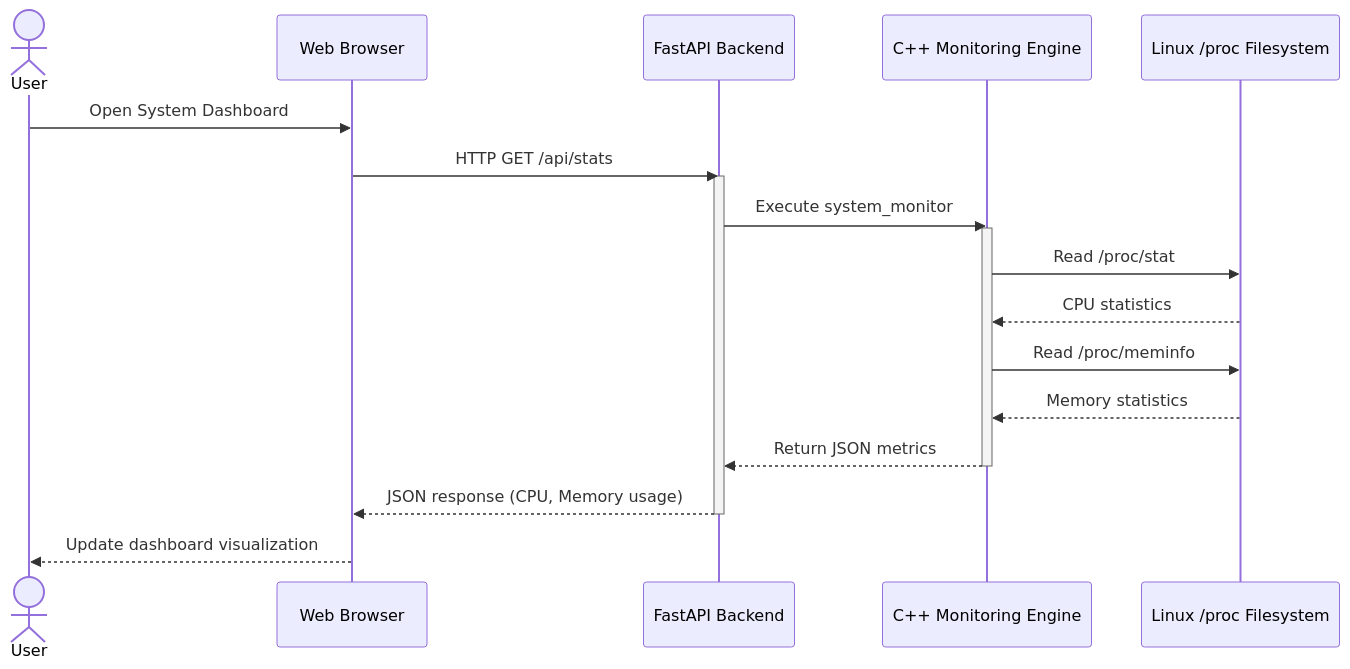
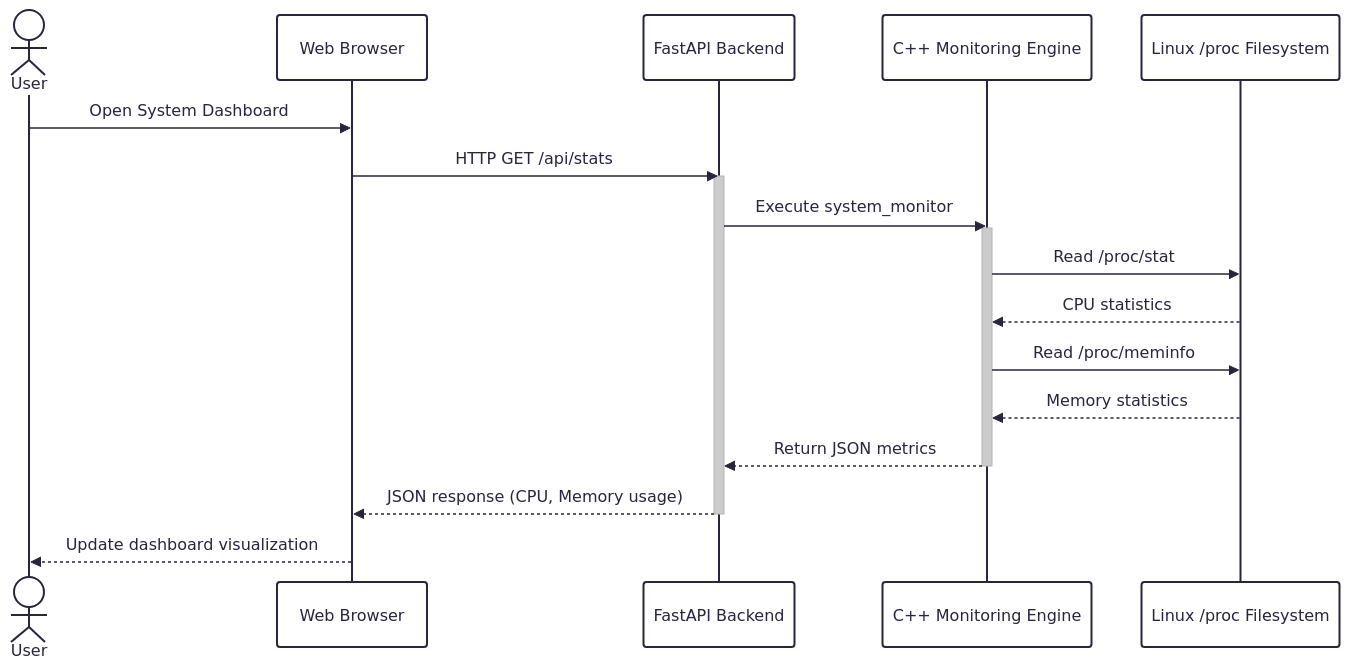
The diagram in docs/diagrams/Sequence_Diagram.md (SemwalAkhil/system-performance-visualizer), drawn with Mermaid before and after one commit. The commit also changed 6 other files, not shown here.

Commit message:
Updating diagrams

````diff
--- a/docs/diagrams/Sequence_Diagram.md
+++ b/docs/diagrams/Sequence_Diagram.md
@@ -1,30 +1,34 @@
 ```mermaid
+---
+config:
+  theme: redux
+---
 sequenceDiagram
 
 actor User
 participant Browser as Web Browser
 participant API as FastAPI Backend
 participant Engine as C++ Monitoring Engine
 participant Kernel as Linux /proc Filesystem
 
 User ->> Browser: Open System Dashboard
 Browser ->> API: HTTP GET /api/stats
 
 activate API
 API ->> Engine: Execute system_monitor
 activate Engine
 
 Engine ->> Kernel: Read /proc/stat
 Kernel -->> Engine: CPU statistics
 
 Engine ->> Kernel: Read /proc/meminfo
 Kernel -->> Engine: Memory statistics
 
 Engine -->> API: Return JSON metrics
 deactivate Engine
 
 API -->> Browser: JSON response (CPU, Memory usage)
 deactivate API
 
 Browser -->> User: Update dashboard visualization
 ```
````
